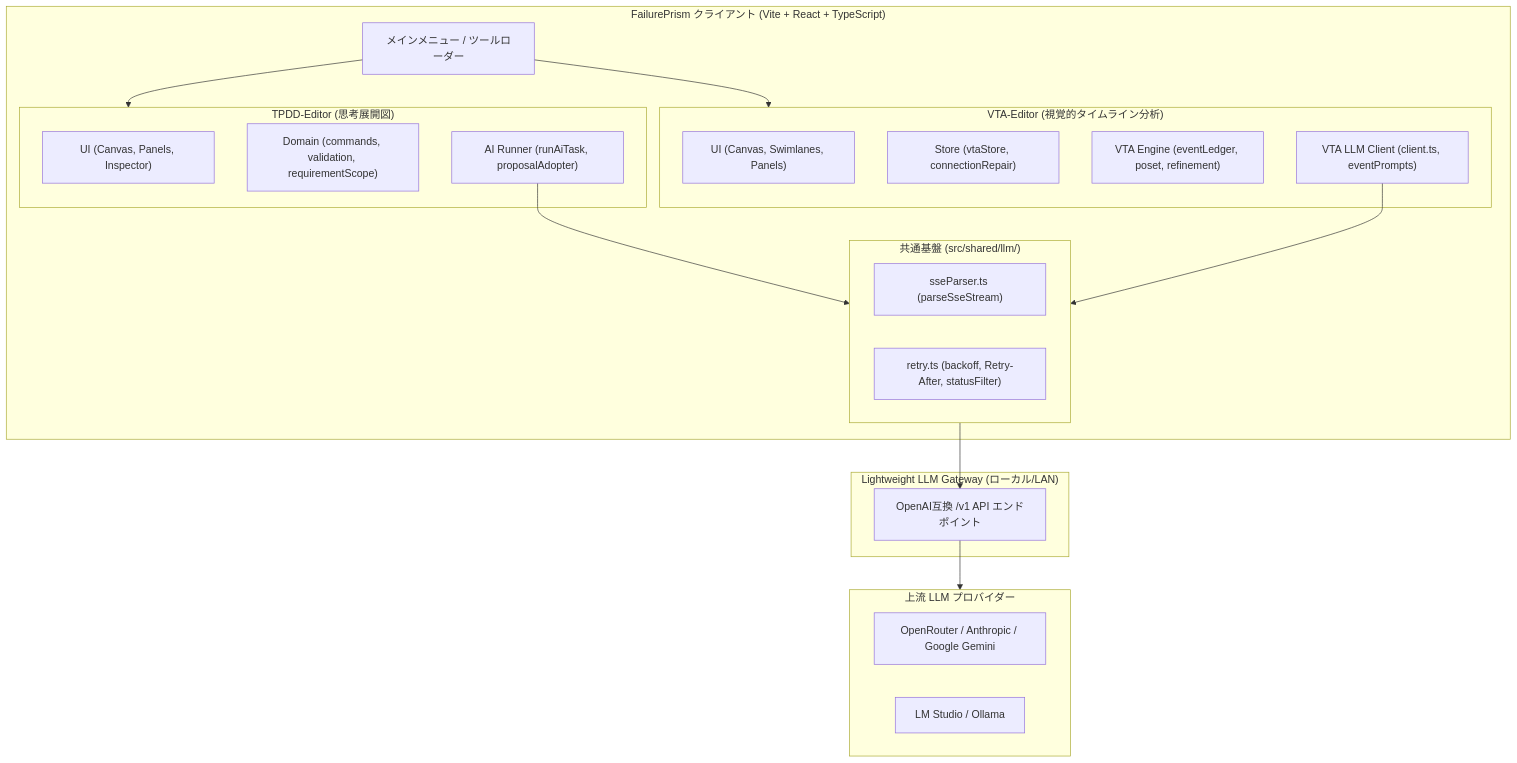
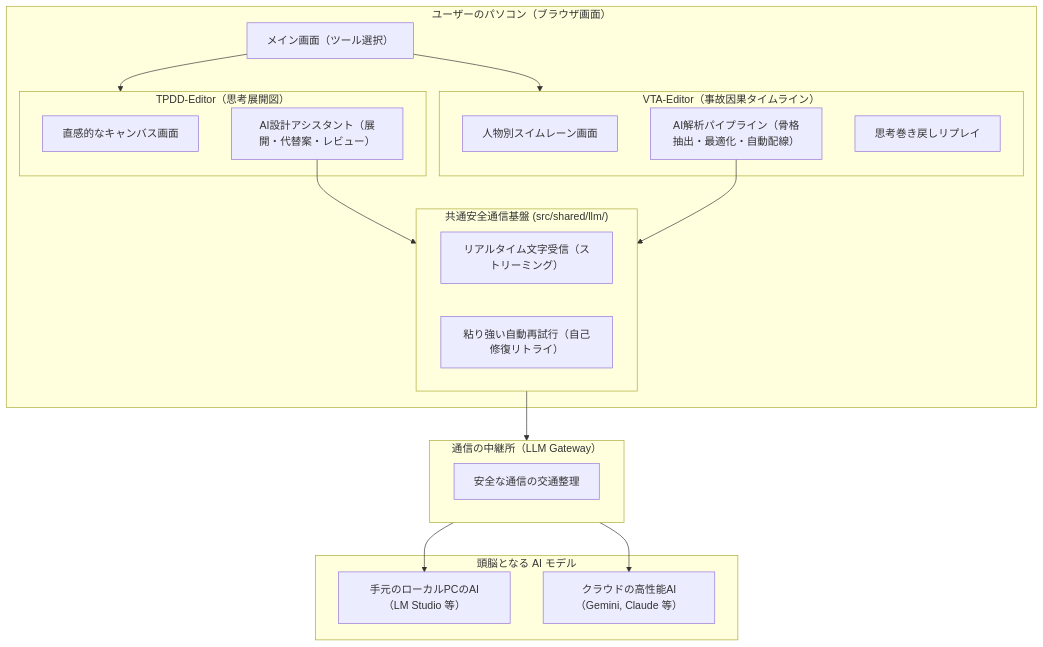
The first of 3 diagrams in docs/TPDD_AND_VTA_ARCHITECTURE_GUIDE.md (Kenn-Tanaka/FailurePrism), drawn with Mermaid before and after one commit. The commit also changed other lines of this file and 38 other files, not shown here.

````diff
--- a/docs/TPDD_AND_VTA_ARCHITECTURE_GUIDE.md
+++ b/docs/TPDD_AND_VTA_ARCHITECTURE_GUIDE.md
@@ -30,40 +78,39 @@
 ```mermaid
 flowchart TB
-    subgraph Client["FailurePrism クライアント (Vite + React + TypeScript)"]
-        Menu["メインメニュー / ツールローダー"]
+    subgraph Browser["ユーザーのパソコン（ブラウザ画面）"]
+        Menu["メイン画面（ツール選択）"]
         
-        subgraph TPDD["TPDD-Editor (思考展開図)"]
-            TPDD_UI["UI (Canvas, Panels, Inspector)"]
-            TPDD_Domain["Domain (commands, validation, requirementScope)"]
-            TPDD_AI["AI Runner (runAiTask, proposalAdopter)"]
+        subgraph TPDD["TPDD-Editor（思考展開図）"]
+            T_UI["直感的なキャンバス画面"]
+            T_AI["AI設計アシスタント（展開・代替案・レビュー）"]
         end
 
-        subgraph VTA["VTA-Editor (視覚的タイムライン分析)"]
-            VTA_UI["UI (Canvas, Swimlanes, Panels)"]
-            VTA_Store["Store (vtaStore, connectionRepair)"]
-            VTA_Engine["VTA Engine (eventLedger, poset, refinement)"]
-            VTA_Client["VTA LLM Client (client.ts, eventPrompts)"]
+        subgraph VTA["VTA-Editor（事故因果タイムライン）"]
+            V_UI["人物別スイムレーン画面"]
+            V_Pipe["AI解析パイプライン（骨格抽出・最適化・自動配線）"]
+            V_Replay["思考巻き戻しリプレイ"]
         end
 
-        subgraph Shared["共通基盤 (src/shared/llm/)"]
-            SSE["sseParser.ts (parseSseStream)"]
-            Retry["retry.ts (backoff, Retry-After, statusFilter)"]
+        subgraph Safety["共通安全通信基盤 (src/shared/llm/)"]
+            Stream["リアルタイム文字受信（ストリーミング）"]
+            AutoRetry["粘り強い自動再試行（自己修復リトライ）"]
         end
     end
 
-    subgraph Gateway["Lightweight LLM Gateway (ローカル/LAN)"]
-        GW_Server["OpenAI互換 /v1 API エンドポイント"]
+    subgraph Gateway["通信の中継所（LLM Gateway）"]
+        GW["安全な通信の交通整理"]
     end
 
-    subgraph Upstream["上流 LLM プロバイダー"]
-        Cloud["OpenRouter / Anthropic / Google Gemini"]
-        Local["LM Studio / Ollama"]
+    subgraph Models["頭脳となる AI モデル"]
+        Local["手元のローカルPCのAI（LM Studio 等）"]
+        Cloud["クラウドの高性能AI（Gemini, Claude 等）"]
     end
 
     Menu --> TPDD
     Menu --> VTA
-    TPDD_AI --> Shared
-    VTA_Client --> Shared
-    Shared --> GW_Server
-    GW_Server --> Upstream
+    T_AI --> Safety
+    V_Pipe --> Safety
+    Safety --> Gateway
+    Gateway --> Local
+    Gateway --> Cloud
 ```
````
